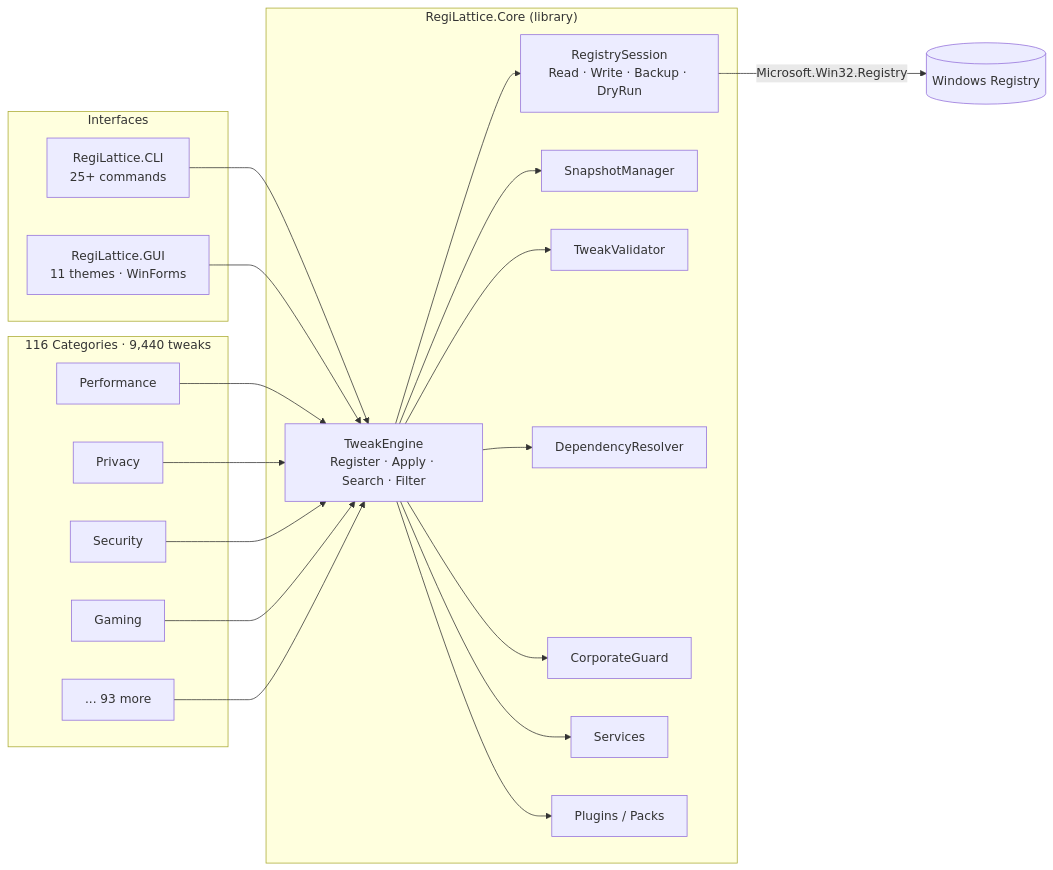
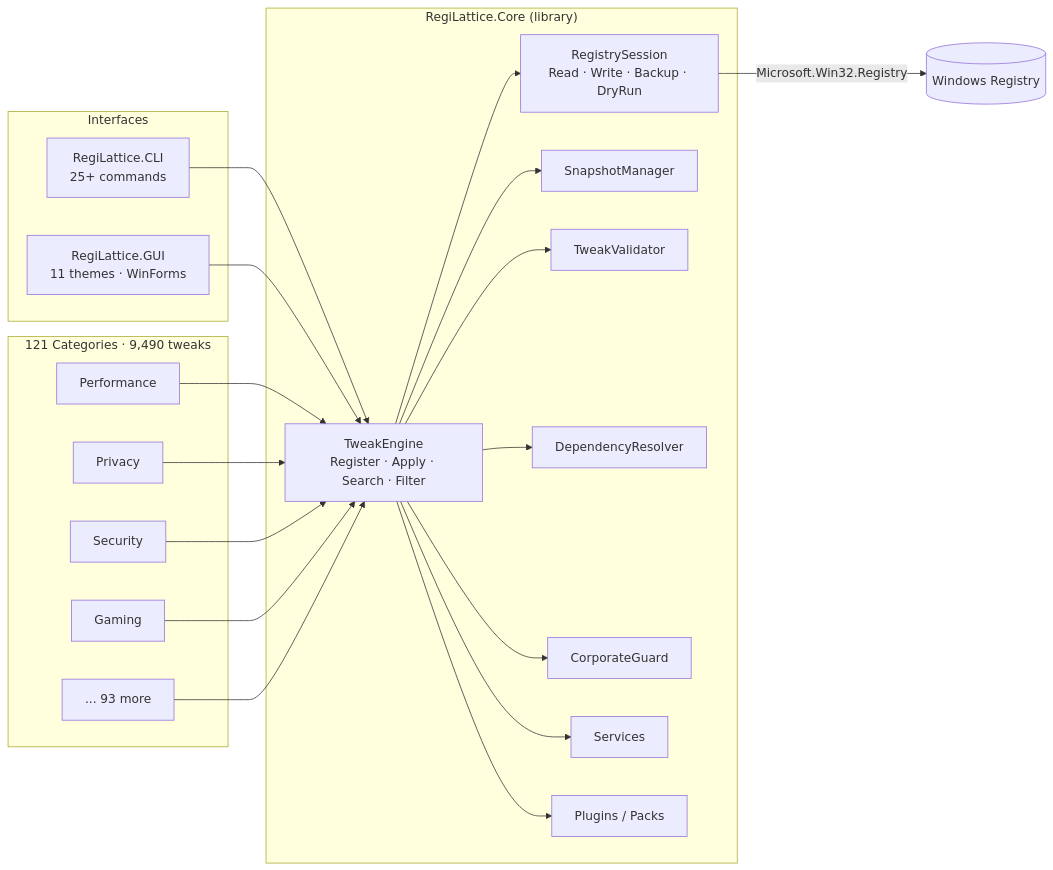
Before and after one commit to RajwanYair/RegiLattice: the first of 2 diagrams in README.md, drawn with Mermaid. The commit also changed other lines of this file and 15 other files, not shown here.

````diff
--- a/README.md
+++ b/README.md
@@ -88,38 +88,38 @@
 ```mermaid
 graph LR
     subgraph Interfaces
         CLI[RegiLattice.CLI<br/>25+ commands]
         GUI[RegiLattice.GUI<br/>11 themes · WinForms]
     end
 
     subgraph Core["RegiLattice.Core (library)"]
         TE[TweakEngine<br/>Register · Apply · Search · Filter]
         RS[RegistrySession<br/>Read · Write · Backup · DryRun]
         SM[SnapshotManager]
         TV[TweakValidator]
         DR[DependencyResolver]
         CG[CorporateGuard]
         SV[Services]
         PM[Plugins / Packs]
     end
 
-    subgraph Tweaks["116 Categories · 9,440 tweaks"]
+    subgraph Tweaks["121 Categories · 9,490 tweaks"]
         T1[Performance]
         T2[Privacy]
         T3[Security]
         T4[Gaming]
         TN[... 93 more]
     end
 
     CLI --> TE
     GUI --> TE
     TE --> RS
     TE --> SM
     TE --> TV
     TE --> DR
     TE --> CG
     TE --> SV
     TE --> PM
     T1 & T2 & T3 & T4 & TN --> TE
     RS -->|Microsoft.Win32.Registry| WR[(Windows Registry)]
 ```
````
